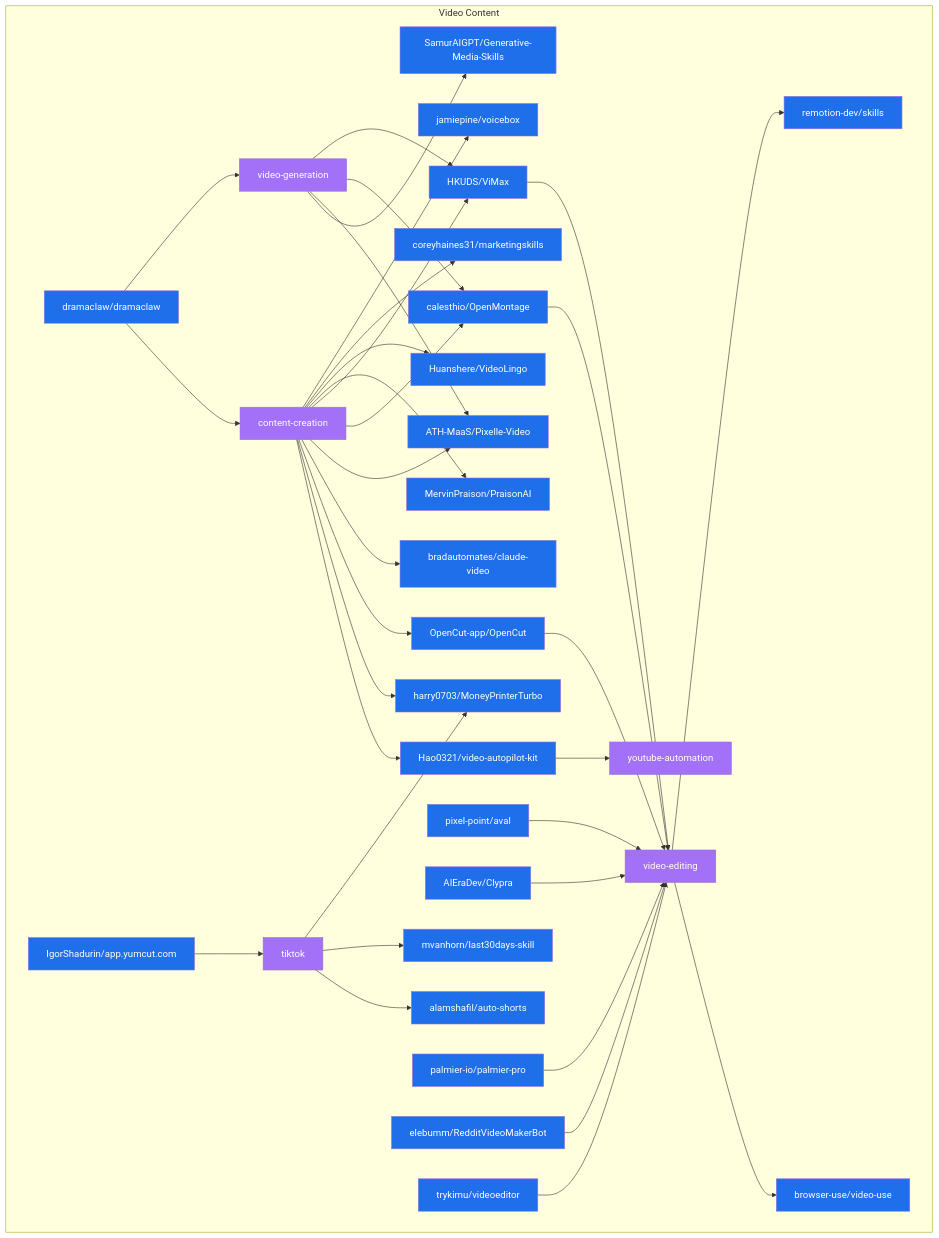
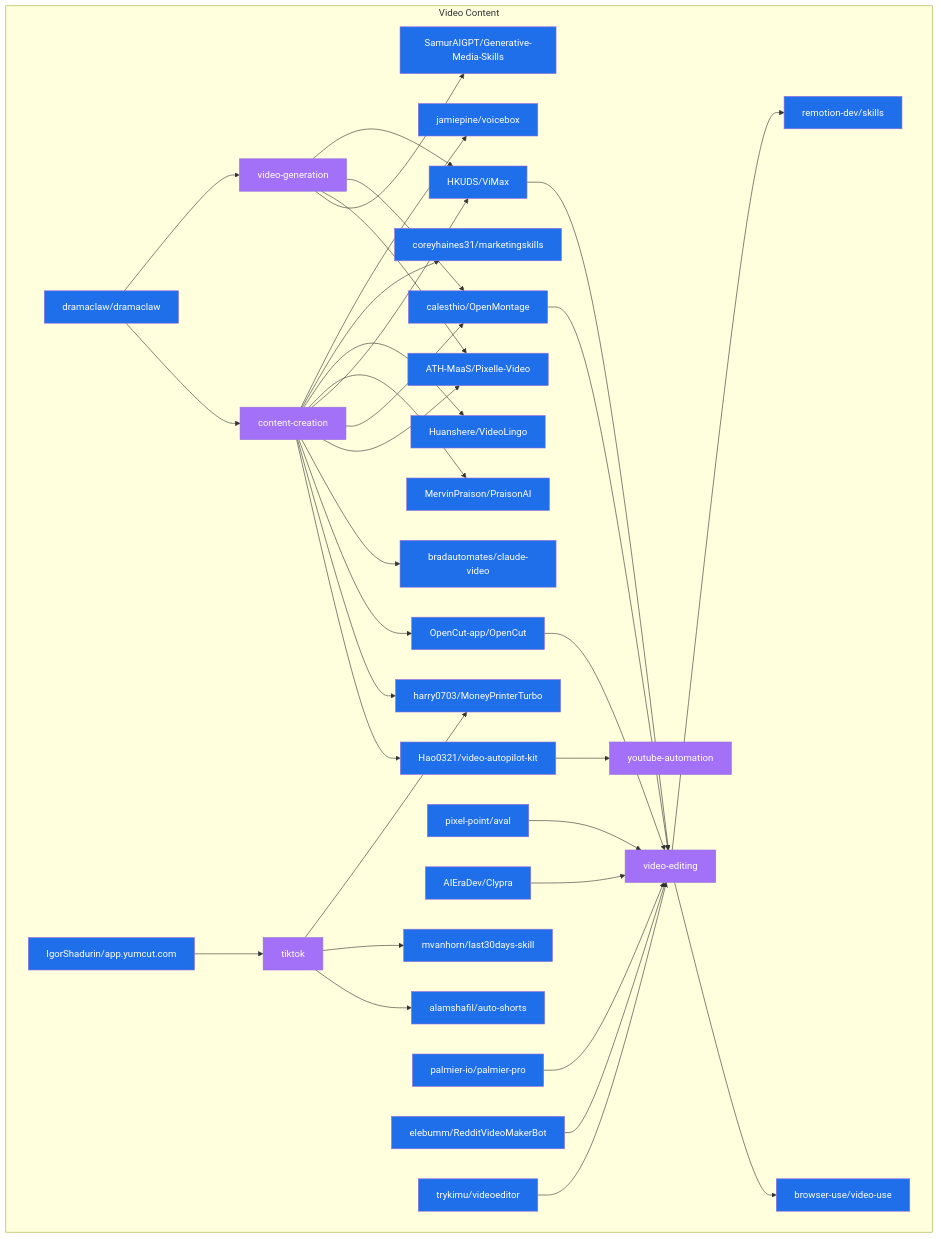
The diagram in data/star_graph_video_content.mermaid (Meru143/star-graph), drawn with Mermaid before and after one commit. The commit also changed other lines of this file and 15 other files, not shown here.

```diff
--- a/data/star_graph_video_content.mermaid
+++ b/data/star_graph_video_content.mermaid
@@ -1,68 +1,68 @@
 graph TD
   subgraph video_content ["Video Content"]
-    dramaclaw_dramaclaw["dramaclaw/dramaclaw"]:::repo
+    Huanshere_VideoLingo["Huanshere/VideoLingo"]:::repo
+    mvanhorn_last30days_skill["mvanhorn/last30days-skill"]:::repo
     video_generation["video-generation"]:::topic
-    IgorShadurin_app_yumcut_com["IgorShadurin/app.yumcut.com"]:::repo
-    OpenCut_app_OpenCut["OpenCut-app/OpenCut"]:::repo
-    browser_use_video_use["browser-use/video-use"]:::repo
-    MervinPraison_PraisonAI["MervinPraison/PraisonAI"]:::repo
-    bradautomates_claude_video["bradautomates/claude-video"]:::repo
-    alamshafil_auto_shorts["alamshafil/auto-shorts"]:::repo
-    calesthio_OpenMontage["calesthio/OpenMontage"]:::repo
-    HKUDS_ViMax["HKUDS/ViMax"]:::repo
-    pixel_point_aval["pixel-point/aval"]:::repo
-    elebumm_RedditVideoMakerBot["elebumm/RedditVideoMakerBot"]:::repo
-    coreyhaines31_marketingskills["coreyhaines31/marketingskills"]:::repo
+    tiktok["tiktok"]:::topic
     trykimu_videoeditor["trykimu/videoeditor"]:::repo
     SamurAIGPT_Generative_Media_Skills["SamurAIGPT/Generative-Media-Skills"]:::repo
+    AIEraDev_Clypra["AIEraDev/Clypra"]:::repo
+    elebumm_RedditVideoMakerBot["elebumm/RedditVideoMakerBot"]:::repo
+    IgorShadurin_app_yumcut_com["IgorShadurin/app.yumcut.com"]:::repo
+    video_editing["video-editing"]:::topic
+    calesthio_OpenMontage["calesthio/OpenMontage"]:::repo
     content_creation["content-creation"]:::topic
+    youtube_automation["youtube-automation"]:::topic
+    remotion_dev_skills["remotion-dev/skills"]:::repo
     harry0703_MoneyPrinterTurbo["harry0703/MoneyPrinterTurbo"]:::repo
+    dramaclaw_dramaclaw["dramaclaw/dramaclaw"]:::repo
+    MervinPraison_PraisonAI["MervinPraison/PraisonAI"]:::repo
+    palmier_io_palmier_pro["palmier-io/palmier-pro"]:::repo
+    pixel_point_aval["pixel-point/aval"]:::repo
+    Hao0321_video_autopilot_kit["Hao0321/video-autopilot-kit"]:::repo
+    coreyhaines31_marketingskills["coreyhaines31/marketingskills"]:::repo
+    alamshafil_auto_shorts["alamshafil/auto-shorts"]:::repo
+    OpenCut_app_OpenCut["OpenCut-app/OpenCut"]:::repo
     jamiepine_voicebox["jamiepine/voicebox"]:::repo
-    tiktok["tiktok"]:::topic
-    youtube_automation["youtube-automation"]:::topic
-    mvanhorn_last30days_skill["mvanhorn/last30days-skill"]:::repo
-    palmier_io_palmier_pro["palmier-io/palmier-pro"]:::repo
-    Hao0321_video_autopilot_kit["Hao0321/video-autopilot-kit"]:::repo
-    Huanshere_VideoLingo["Huanshere/VideoLingo"]:::repo
-    remotion_dev_skills["remotion-dev/skills"]:::repo
-    AIEraDev_Clypra["AIEraDev/Clypra"]:::repo
+    browser_use_video_use["browser-use/video-use"]:::repo
+    bradautomates_claude_video["bradautomates/claude-video"]:::repo
+    HKUDS_ViMax["HKUDS/ViMax"]:::repo
     ATH_MaaS_Pixelle_Video["ATH-MaaS/Pixelle-Video"]:::repo
-    video_editing["video-editing"]:::topic
   end
   dramaclaw_dramaclaw --> content_creation
   dramaclaw_dramaclaw --> video_generation
   content_creation --> Hao0321_video_autopilot_kit
   content_creation --> harry0703_MoneyPrinterTurbo
   content_creation --> OpenCut_app_OpenCut
   content_creation --> bradautomates_claude_video
   content_creation --> ATH_MaaS_Pixelle_Video
   content_creation --> calesthio_OpenMontage
   content_creation --> HKUDS_ViMax
   content_creation --> MervinPraison_PraisonAI
   content_creation --> Huanshere_VideoLingo
   content_creation --> coreyhaines31_marketingskills
   content_creation --> jamiepine_voicebox
   video_generation --> SamurAIGPT_Generative_Media_Skills
   video_generation --> ATH_MaaS_Pixelle_Video
   video_generation --> calesthio_OpenMontage
   video_generation --> HKUDS_ViMax
   pixel_point_aval --> video_editing
   AIEraDev_Clypra --> video_editing
   Hao0321_video_autopilot_kit --> youtube_automation
   OpenCut_app_OpenCut --> video_editing
   IgorShadurin_app_yumcut_com --> tiktok
   tiktok --> alamshafil_auto_shorts
   tiktok --> mvanhorn_last30days_skill
   tiktok --> harry0703_MoneyPrinterTurbo
   calesthio_OpenMontage --> video_editing
   palmier_io_palmier_pro --> video_editing
   elebumm_RedditVideoMakerBot --> video_editing
   HKUDS_ViMax --> video_editing
   trykimu_videoeditor --> video_editing
   video_editing --> browser_use_video_use
   video_editing --> remotion_dev_skills
   classDef repo fill:#1f6feb,color:#fff;
   classDef topic fill:#a371f7,color:#fff;
   classDef technology fill:#3fb950,color:#fff;
   classDef use_case fill:#d29922,color:#fff;
   classDef architecture fill:#f85149,color:#fff;
```
